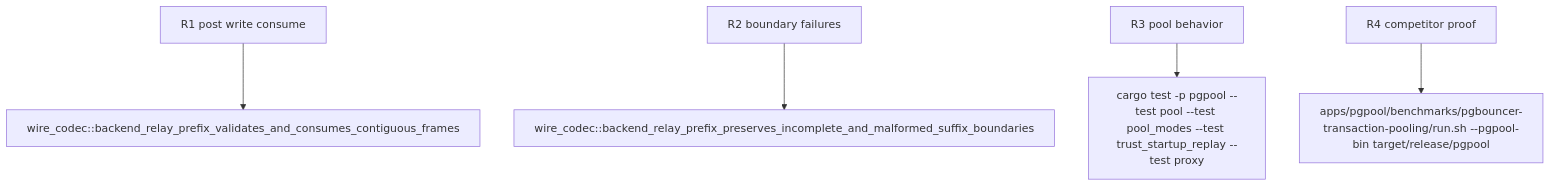
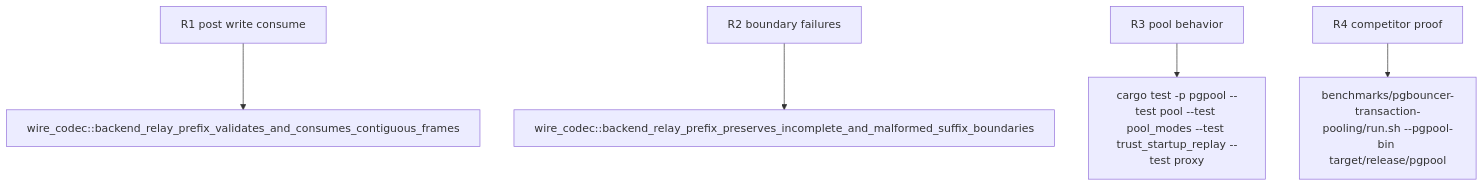
One commit to faberline/pgpool changed the second of 2 diagrams in tech-design/validate/p0-relay-validated-contiguous-backend-buffer-without-frame-owner.md. Above: the diagram before and after it, drawn with Mermaid. The commit also changed other lines of this file and 120 other files, not shown here.

````diff
--- a/tech-design/validate/p0-relay-validated-contiguous-backend-buffer-without-frame-owner.md
+++ b/tech-design/validate/p0-relay-validated-contiguous-backend-buffer-without-frame-owner.md
@@ -78,35 +78,35 @@
 ```mermaid
 ---
 id: pgpool-contiguous-validated-relay-prefix-contract-verification
 requirements:
   boundary_failures:
     id: R2
     text: "A first malformed frame has no sendable descriptor, an incomplete suffix remains buffered, and a malformed suffix after a valid descriptor is terminal only after that descriptor is consumed."
     kind: regression
     risk: high
     verify: wire_codec::backend_relay_prefix_preserves_incomplete_and_malformed_suffix_boundaries
   competitor_proof:
     id: R4
     text: "Retention requires three clean unsampled unchanged release comparisons matching or exceeding contemporaneous PgBouncer; meter sampling is diagnostic, and the first valid loss reverts the production candidate."
     kind: e2e
     risk: high
-    verify: apps/pgpool/benchmarks/pgbouncer-transaction-pooling/run.sh --pgpool-bin target/release/pgpool
+    verify: benchmarks/pgbouncer-transaction-pooling/run.sh --pgpool-bin target/release/pgpool
   pool_behavior:
     id: R3
     text: "Transaction pooling retains exact ReadyForQuery ownership, reset isolation, and bounded backend capacity with the direct backend-prefix relay."
     kind: integration
     risk: high
     verify: cargo test -p pgpool --test pool --test pool_modes --test trust_startup_replay --test proxy
   post_write_consume:
     id: R1
     text: "The backend relay-prefix descriptor exposes only validated contiguous bytes; a successful explicit consume advances exactly once and commits its Ready status, while no output failure can consume it."
     kind: regression
     risk: high
     verify: wire_codec::backend_relay_prefix_validates_and_consumes_contiguous_frames
 ---
 flowchart TD
     r1[R1 post write consume] --> wire_codec_backend_relay_prefix_validates_and_consumes_contiguous_frames[wire_codec::backend_relay_prefix_validates_and_consumes_contiguous_frames]
     r2[R2 boundary failures] --> wire_codec_backend_relay_prefix_preserves_incomplete_and_malformed_suffix_boundaries[wire_codec::backend_relay_prefix_preserves_incomplete_and_malformed_suffix_boundaries]
     r3[R3 pool behavior] --> cargo_test_p_pgpool_test_pool_test_pool_modes_test_trust_startup_replay_test_proxy[cargo test -p pgpool --test pool --test pool_modes --test trust_startup_replay --test proxy]
-    r4[R4 competitor proof] --> apps_pgpool_benchmarks_pgbouncer_transaction_pooling_run_sh_pgpool_bin_target_release_pgpool[apps/pgpool/benchmarks/pgbouncer-transaction-pooling/run.sh --pgpool-bin target/release/pgpool]
+    r4[R4 competitor proof] --> apps_pgpool_benchmarks_pgbouncer_transaction_pooling_run_sh_pgpool_bin_target_release_pgpool[benchmarks/pgbouncer-transaction-pooling/run.sh --pgpool-bin target/release/pgpool]
 ```
````
